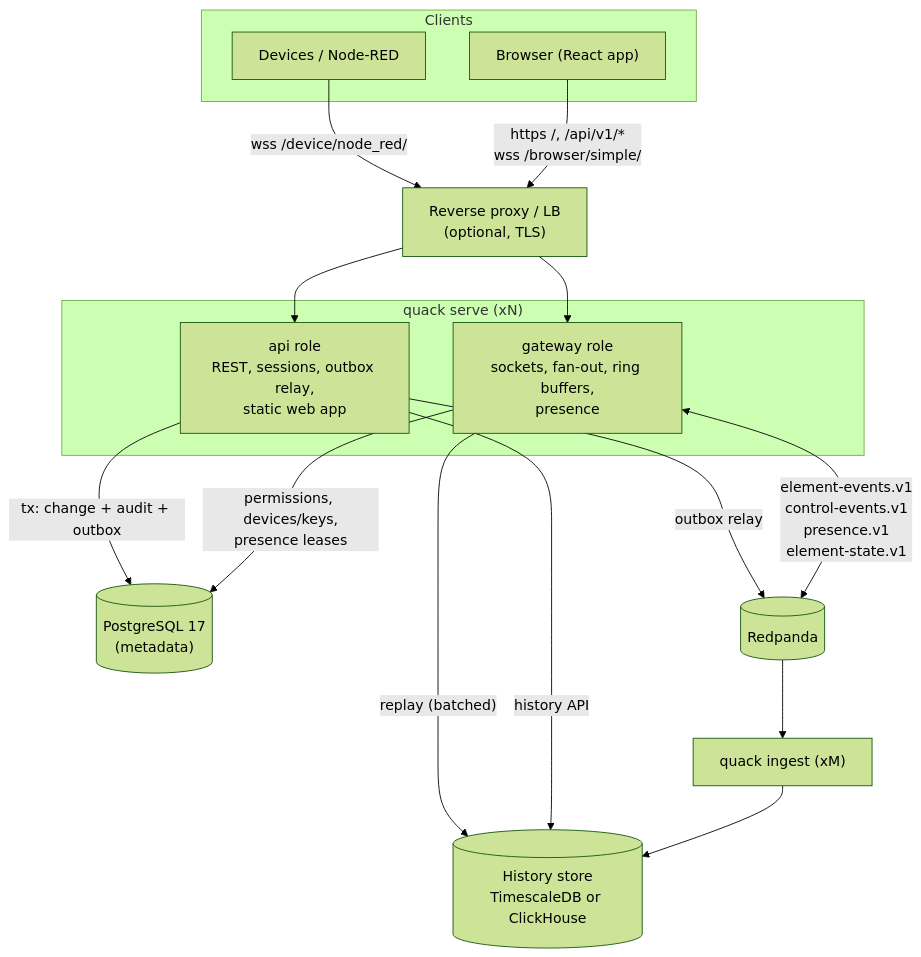
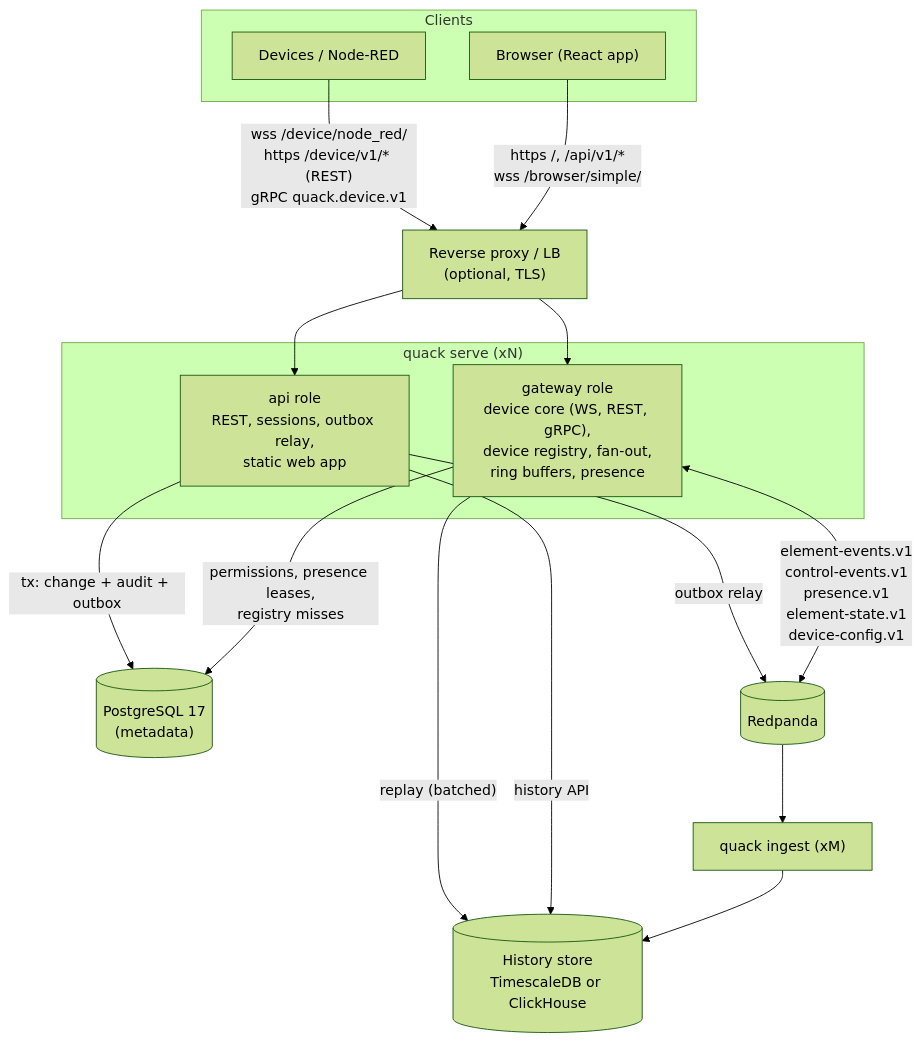
Before and after one commit to taha2samy-3/qauk-qauk: the first of 7 diagrams in docs/02_architecture.md, drawn with Mermaid (forest theme). The commit also changed other lines of this file and 2 other files, not shown here.

Commit message:
docs: update architecture and database schema for device registry, multi-transport support, and rate limits

````diff
--- a/docs/02_architecture.md
+++ b/docs/02_architecture.md
@@ -5,24 +5,24 @@
 ```mermaid
 flowchart TB
   subgraph Clients
     D["Devices / Node-RED"]
     B["Browser (React app)"]
   end
   P["Reverse proxy / LB<br/>(optional, TLS)"]
-  D -- "wss /device/node_red/" --> P
+  D -- "wss /device/node_red/<br/>https /device/v1/* (REST)<br/>gRPC quack.device.v1" --> P
   B -- "https /, /api/v1/*<br/>wss /browser/simple/" --> P
   subgraph S["quack serve (xN)"]
     API["api role<br/>REST, sessions, outbox relay,<br/>static web app"]
-    GW["gateway role<br/>sockets, fan-out, ring buffers,<br/>presence"]
+    GW["gateway role<br/>device core (WS, REST, gRPC),<br/>device registry, fan-out,<br/>ring buffers, presence"]
   end
   P --> API
   P --> GW
   API -- "tx: change + audit + outbox" --> PG[("PostgreSQL 17<br/>(metadata)")]
   API -- "outbox relay" --> RP[("Redpanda")]
-  GW <-- "element-events.v1<br/>control-events.v1<br/>presence.v1<br/>element-state.v1" --> RP
-  GW -- "permissions, devices/keys,<br/>presence leases" --> PG
+  GW <-- "element-events.v1<br/>control-events.v1<br/>presence.v1<br/>element-state.v1<br/>device-config.v1" --> RP
+  GW -- "permissions, presence leases,<br/>registry misses" --> PG
   GW -- "replay (batched)" --> H
   API -- "history API" --> H
   RP --> IN["quack ingest (xM)"]
   IN --> H[("History store<br/>TimescaleDB or ClickHouse")]
 ```
````
